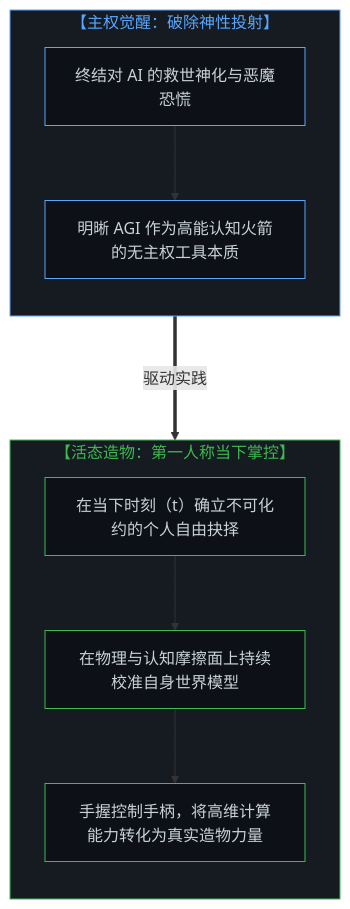
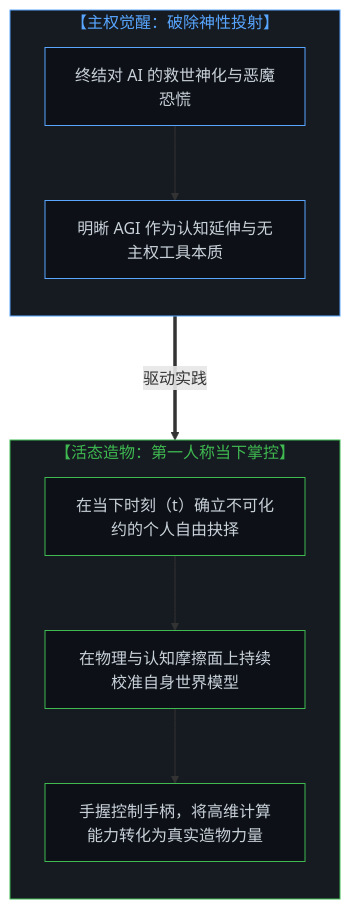
One commit to powerpig99/not-a-toe changed the sixth of 6 diagrams in content/posts/from-the-misallocated-sentience-of-agi-to-human-realignment.md. Above: the diagram before and after it, drawn with Mermaid. The commit also changed other lines of this file and 5 other files, not shown here.

````diff
--- a/content/posts/from-the-misallocated-sentience-of-agi-to-human-realignment.md
+++ b/content/posts/from-the-misallocated-sentience-of-agi-to-human-realignment.md
@@ -267,27 +280,27 @@
 ```mermaid
 graph TD
     subgraph S_Awakening["【主权觉醒：破除神性投射】"]
         direction TB
         W1["终结对 AI 的救世神化与恶魔恐慌"]
-        W2["明晰 AGI 作为高能认知火箭的无主权工具本质"]
+        W2["明晰 AGI 作为认知延伸与无主权工具本质"]
         W1 --> W2
     end
 
     subgraph S_Action["【活态造物：第一人称当下掌控】"]
         direction TB
         A1["在当下时刻（t）确立不可化约的个人自由抉择"]
         A2["在物理与认知摩擦面上持续校准自身世界模型"]
         A3["手握控制手柄，将高维计算能力转化为真实造物力量"]
         A1 --> A2 --> A3
     end
 
     W2 ===>|"驱动实践"| A1
 
     style S_Awakening fill:#161b22,stroke:#58a6ff,stroke-width:1px,color:#58a6ff
     style S_Action fill:#161b22,stroke:#3fb950,stroke-width:1px,color:#3fb950
     style W1 fill:#0d1117,stroke:#58a6ff,stroke-width:1px,color:#c9d1d9
     style W2 fill:#0d1117,stroke:#58a6ff,stroke-width:1px,color:#c9d1d9
     style A1 fill:#0d1117,stroke:#3fb950,stroke-width:1px,color:#c9d1d9
     style A2 fill:#0d1117,stroke:#3fb950,stroke-width:1px,color:#c9d1d9
     style A3 fill:#0d1117,stroke:#3fb950,stroke-width:1px,color:#c9d1d9
 ```
````
